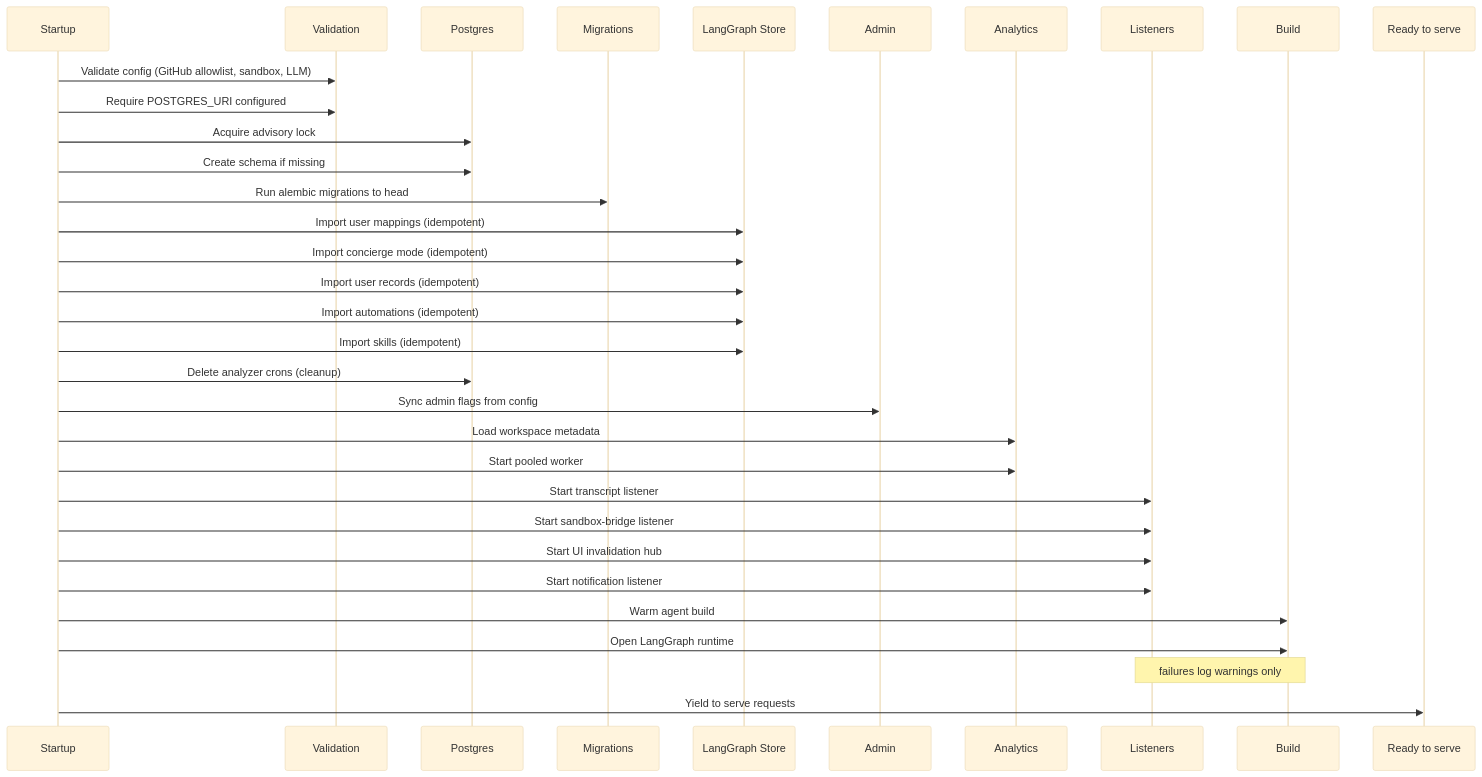
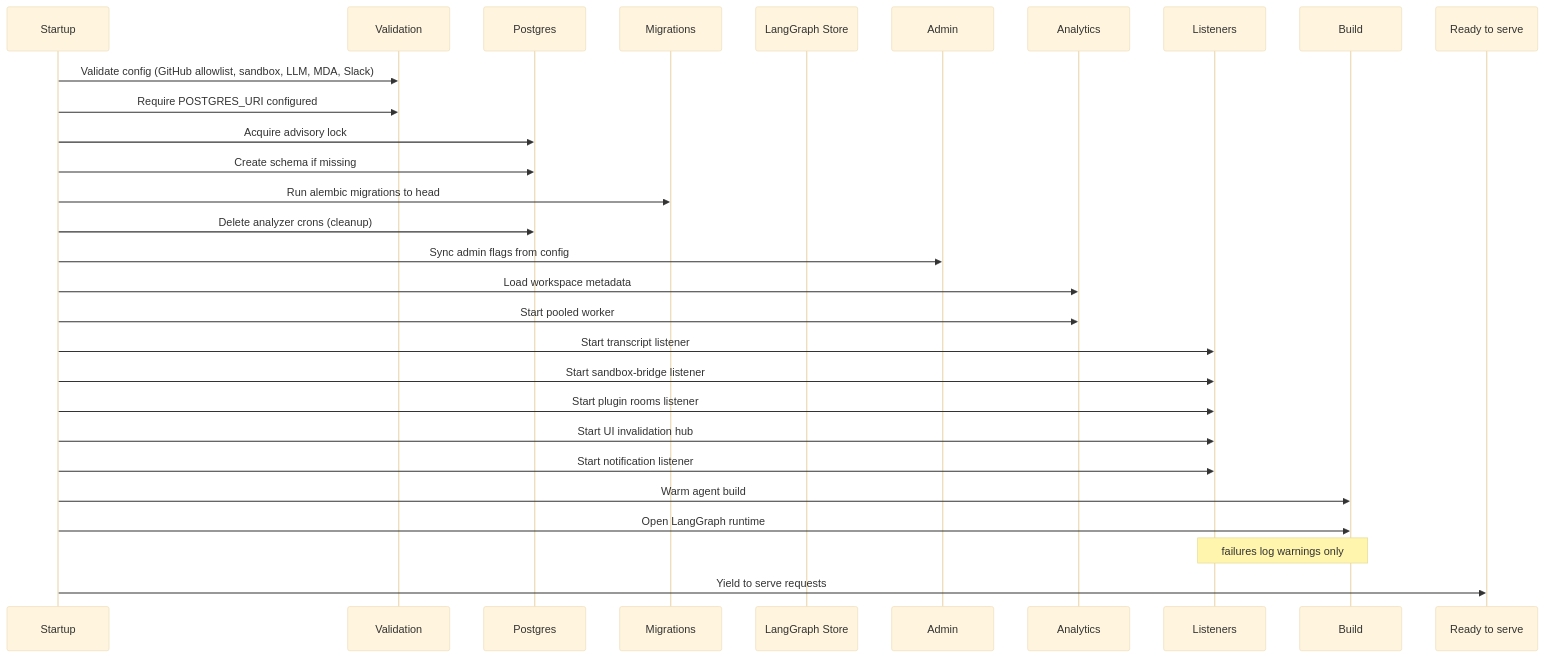
One commit to aeteq/open-swe changed the diagram in openwiki/operations/deployment.md. Above: the diagram before and after it, drawn with Mermaid (base theme). The commit also changed other lines of this file and 44 other files, not shown here.

````diff
--- a/openwiki/operations/deployment.md
+++ b/openwiki/operations/deployment.md
@@ -69,36 +69,32 @@
 ```mermaid
 sequenceDiagram
   participant Boot as Startup
   participant Validation as Validation
   participant DB as Postgres
   participant Migrations as Migrations
   participant Store as LangGraph Store
   participant Admin as Admin
   participant Analytics as Analytics
   participant Listeners as Listeners
   participant Build as Build
   participant Ready as Ready to serve
 
-  Boot->>Validation: Validate config (GitHub allowlist, sandbox, LLM)
+  Boot->>Validation: Validate config (GitHub allowlist, sandbox, LLM, MDA, Slack)
   Boot->>Validation: Require POSTGRES_URI configured
   Boot->>DB: Acquire advisory lock
   Boot->>DB: Create schema if missing
   Boot->>Migrations: Run alembic migrations to head
-  Boot->>Store: Import user mappings (idempotent)
-  Boot->>Store: Import concierge mode (idempotent)
-  Boot->>Store: Import user records (idempotent)
-  Boot->>Store: Import automations (idempotent)
-  Boot->>Store: Import skills (idempotent)
   Boot->>DB: Delete analyzer crons (cleanup)
   Boot->>Admin: Sync admin flags from config
   Boot->>Analytics: Load workspace metadata
   Boot->>Analytics: Start pooled worker
   Boot->>Listeners: Start transcript listener
   Boot->>Listeners: Start sandbox-bridge listener
+  Boot->>Listeners: Start plugin rooms listener
   Boot->>Listeners: Start UI invalidation hub
   Boot->>Listeners: Start notification listener
   Boot->>Build: Warm agent build
   Boot->>Build: Open LangGraph runtime
   Note over Listeners,Build: failures log warnings only
   Boot->>Ready: Yield to serve requests
 ```
````
